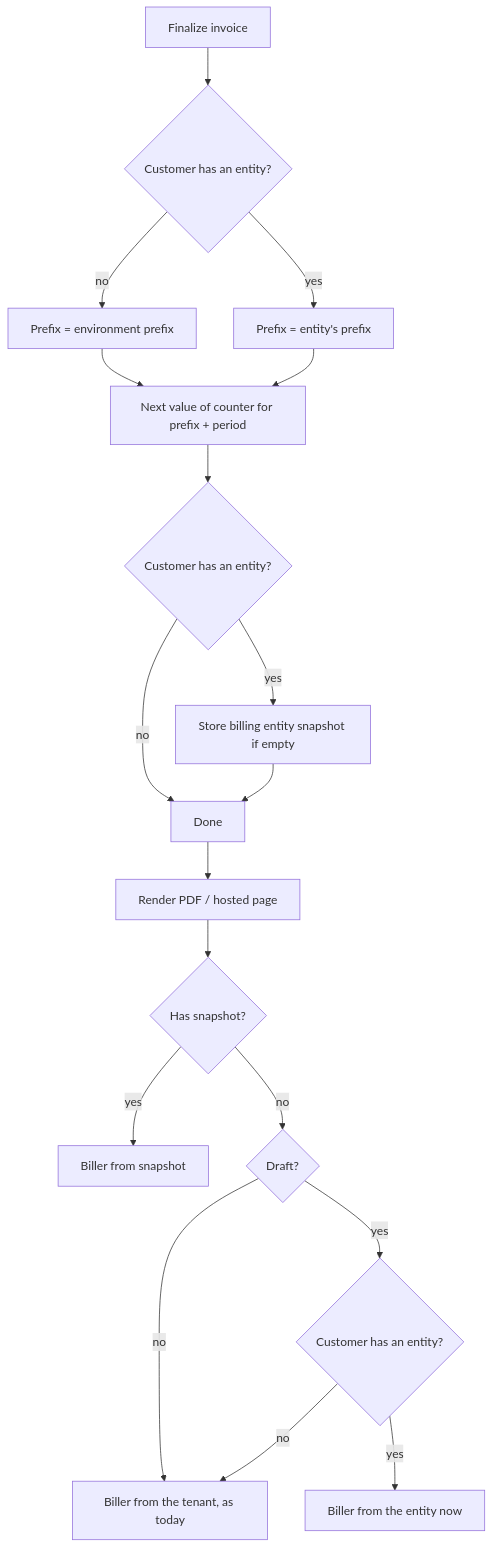
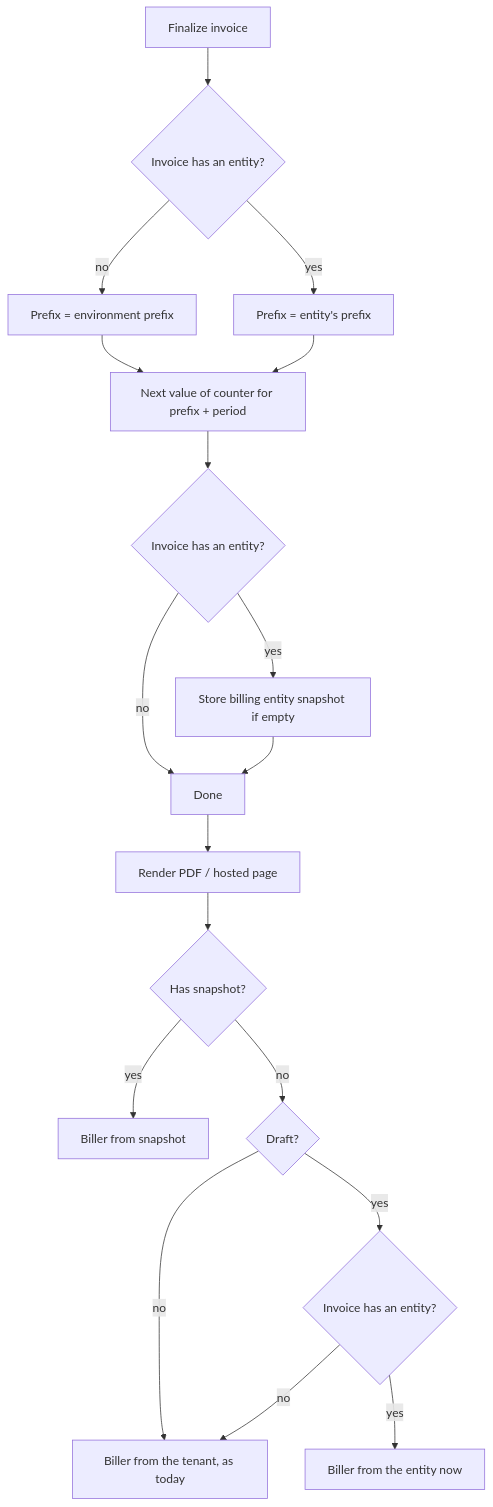
The sixth of 6 diagrams in docs/design/2026-10-27-billing-entities-p1-erd.md (flexprice/flexprice), drawn with Mermaid before and after one commit. The commit also changed other lines of this file and 3 other files, not shown here.

First line of the commit message:
refactor(billing-entities): number, snapshot and render from the invoice's stored entity

````diff
--- a/docs/design/2026-10-27-billing-entities-p1-erd.md
+++ b/docs/design/2026-10-27-billing-entities-p1-erd.md
@@ -430,20 +430,20 @@
 ```mermaid
 flowchart TD
-  F[Finalize invoice] --> C{Customer has an entity?}
+  F[Finalize invoice] --> C{Invoice has an entity?}
   C -- no --> P0[Prefix = environment prefix]
   C -- yes --> P1[Prefix = entity's prefix]
   P0 --> N[Next value of counter for prefix + period]
   P1 --> N
-  N --> S{Customer has an entity?}
+  N --> S{Invoice has an entity?}
   S -- yes --> SN[Store billing entity snapshot if empty]
   S -- no --> D[Done]
   SN --> D
   D --> R[Render PDF / hosted page]
   R --> Q{Has snapshot?}
   Q -- yes --> B1[Biller from snapshot]
   Q -- no --> I{Draft?}
   I -- no --> B3[Biller from the tenant, as today]
-  I -- yes --> E{Customer has an entity?}
+  I -- yes --> E{Invoice has an entity?}
   E -- yes --> B2[Biller from the entity now]
   E -- no --> B3
 ```
````
